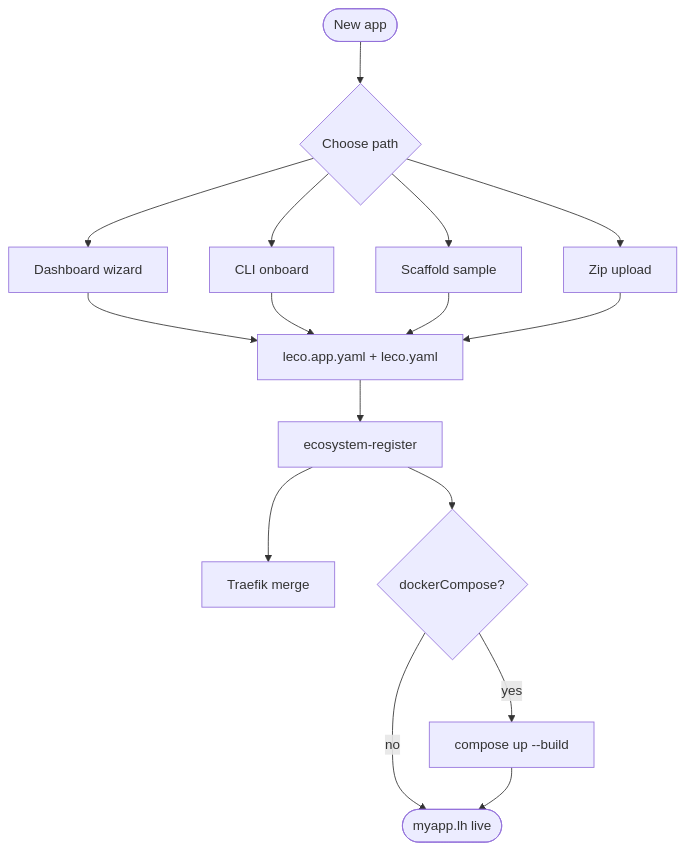
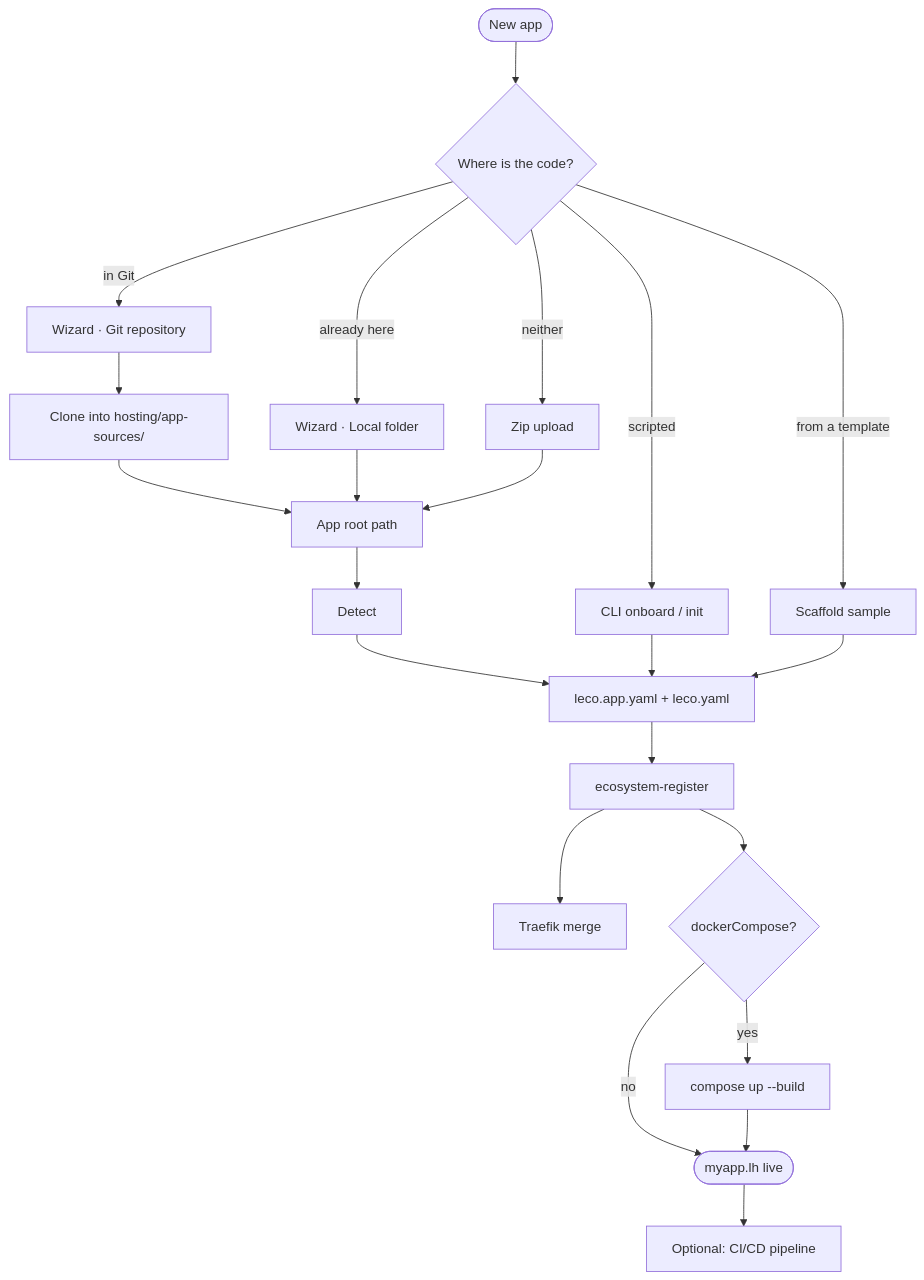
Before and after one commit to leco-devops/local-ecosystem: the diagram in docs/help/12-onboarding-overview.md, drawn with Mermaid. The commit also changed other lines of this file and 148 other files, not shown here.

````diff
--- a/docs/help/12-onboarding-overview.md
+++ b/docs/help/12-onboarding-overview.md
@@ -17,18 +29,24 @@
 ```mermaid
 flowchart TD
-  Start([New app]) --> Path{Choose path}
-  Path --> W[Dashboard wizard]
-  Path --> O[CLI onboard]
-  Path --> S[Scaffold sample]
-  Path --> Z[Zip upload]
-  W --> YAML[leco.app.yaml + leco.yaml]
+  Start([New app]) --> Path{Where is the code?}
+  Path -->|already here| L[Wizard · Local folder]
+  Path -->|in Git| G[Wizard · Git repository]
+  Path -->|neither| Z[Zip upload]
+  Path -->|scripted| O[CLI onboard / init]
+  Path -->|from a template| S[Scaffold sample]
+  G --> Clone[Clone into hosting/app-sources/]
+  Clone --> Root[App root path]
+  L --> Root
+  Z --> Root
+  Root --> Det[Detect]
+  Det --> YAML[leco.app.yaml + leco.yaml]
   O --> YAML
   S --> YAML
-  Z --> YAML
   YAML --> Reg[ecosystem-register]
   Reg --> Tr[Traefik merge]
   Reg --> Dep{dockerCompose?}
   Dep -->|yes| Up[compose up --build]
   Dep -->|no| Done([myapp.lh live])
   Up --> Done
+  Done --> CI[Optional: CI/CD pipeline]
 ```
````
